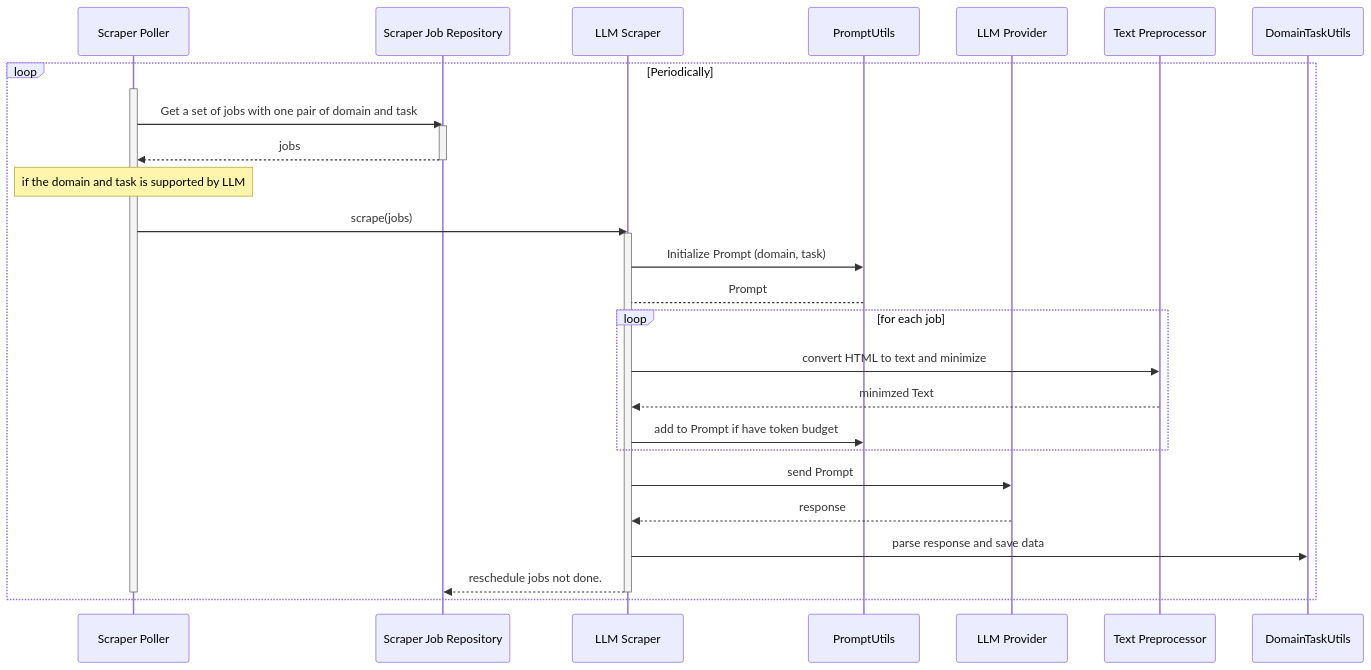
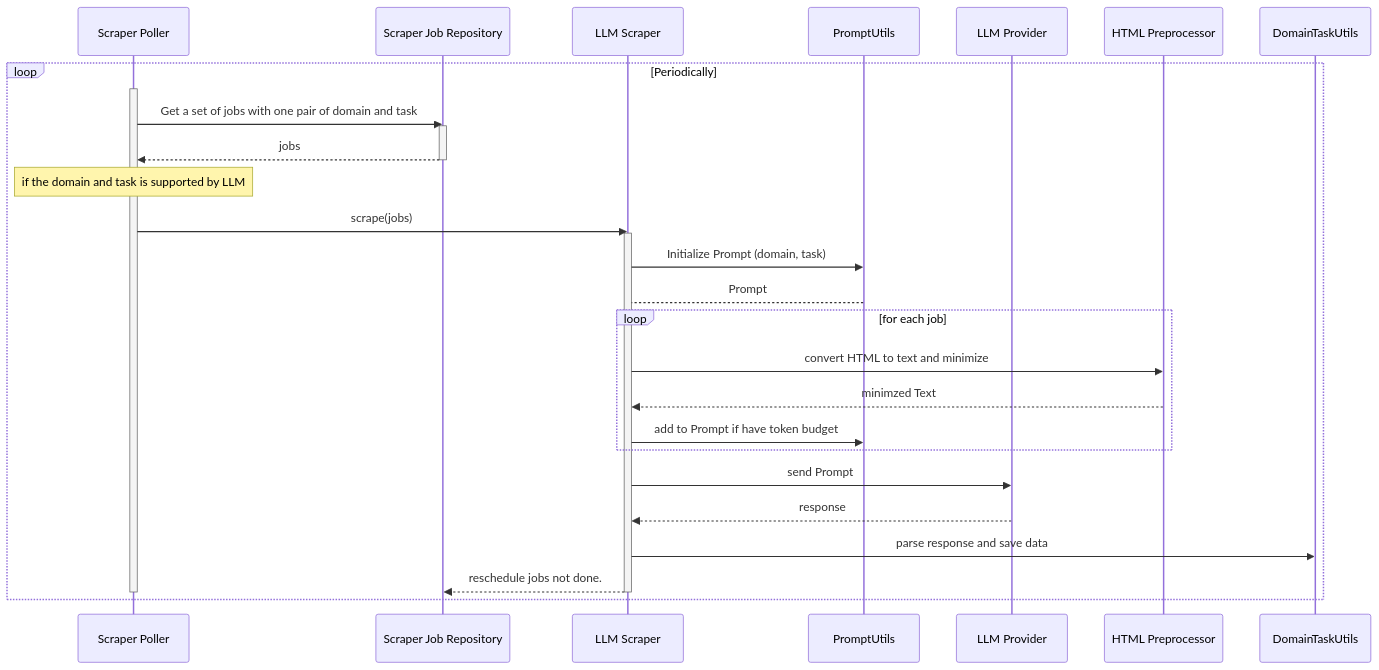
One commit to SnickerdoodleLabs/protocol changed the second of 2 diagrams in documentation/ai-scraper/README.md. Above: the diagram before and after it, drawn with Mermaid. The commit also changed 16 other files, not shown here.

````diff
--- a/documentation/ai-scraper/README.md
+++ b/documentation/ai-scraper/README.md
@@ -73,43 +73,43 @@
 ```mermaid
 sequenceDiagram
 
 participant SP as Scraper Poller
 participant SJR as Scraper Job Repository
 participant LLM as LLM Scraper
 participant PU as PromptUtils
 participant LLMProvider as LLM Provider
-participant T as Text Preprocessor
+participant Pre as HTML Preprocessor
 participant DTU as DomainTaskUtils
 
 loop Periodically
     activate SP
         SP->>SJR: Get a set of jobs with one pair of domain and task
         activate SJR
             SJR-->>SP: jobs
         deactivate SJR
 
         note over SP: if the domain and task is supported by LLM
         SP->>LLM: scrape(jobs)
         activate LLM
             LLM->>PU: Initialize Prompt (domain, task)
             PU-->LLM: Prompt
 
             loop for each job
-                LLM->>T: convert HTML to text and minimize
-                T-->>LLM: minimzed Text
+                LLM->>Pre: convert HTML to text and minimize
+                Pre-->>LLM: minimzed Text
                 LLM->>PU: add to Prompt if have token budget
             end
 
             LLM->>LLMProvider: send Prompt
             LLMProvider-->>LLM: response
 
             LLM ->> DTU: parse response and save data
             LLM -->> SJR: reschedule jobs not done.
         deactivate LLM
 
     deactivate SP
 
 end
 
 
 ```
````
